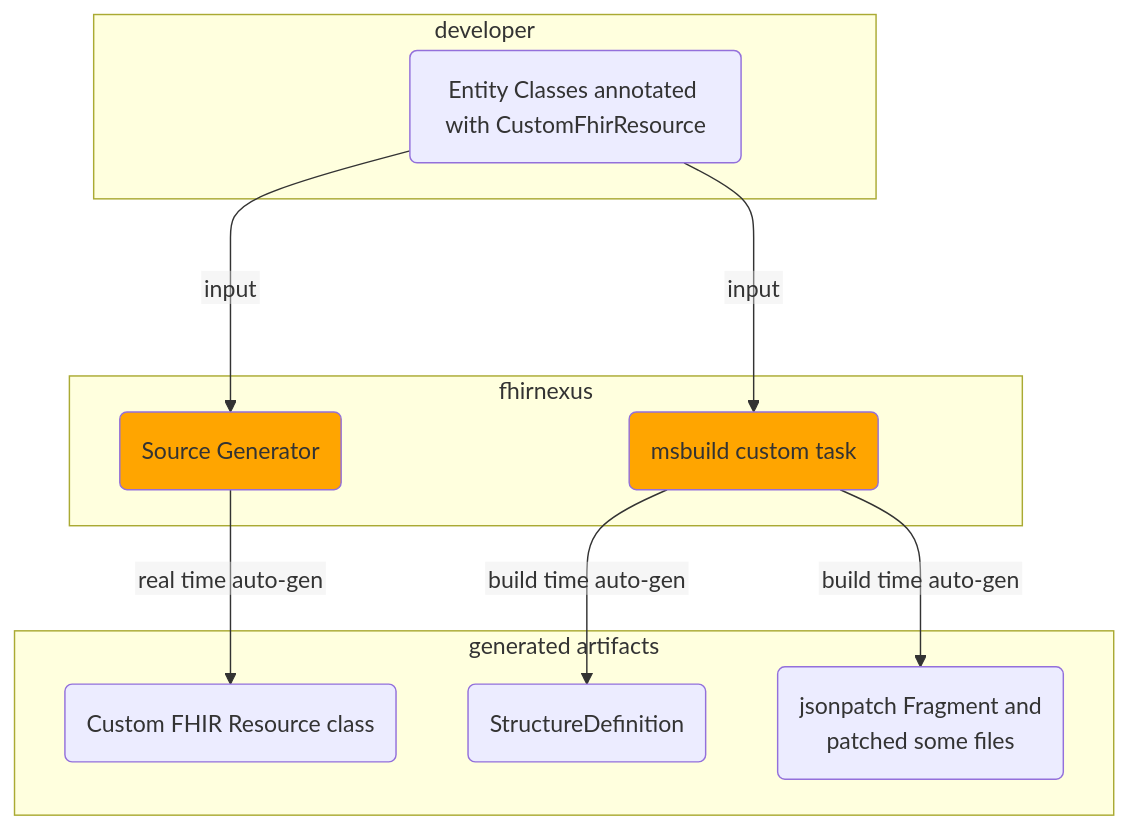
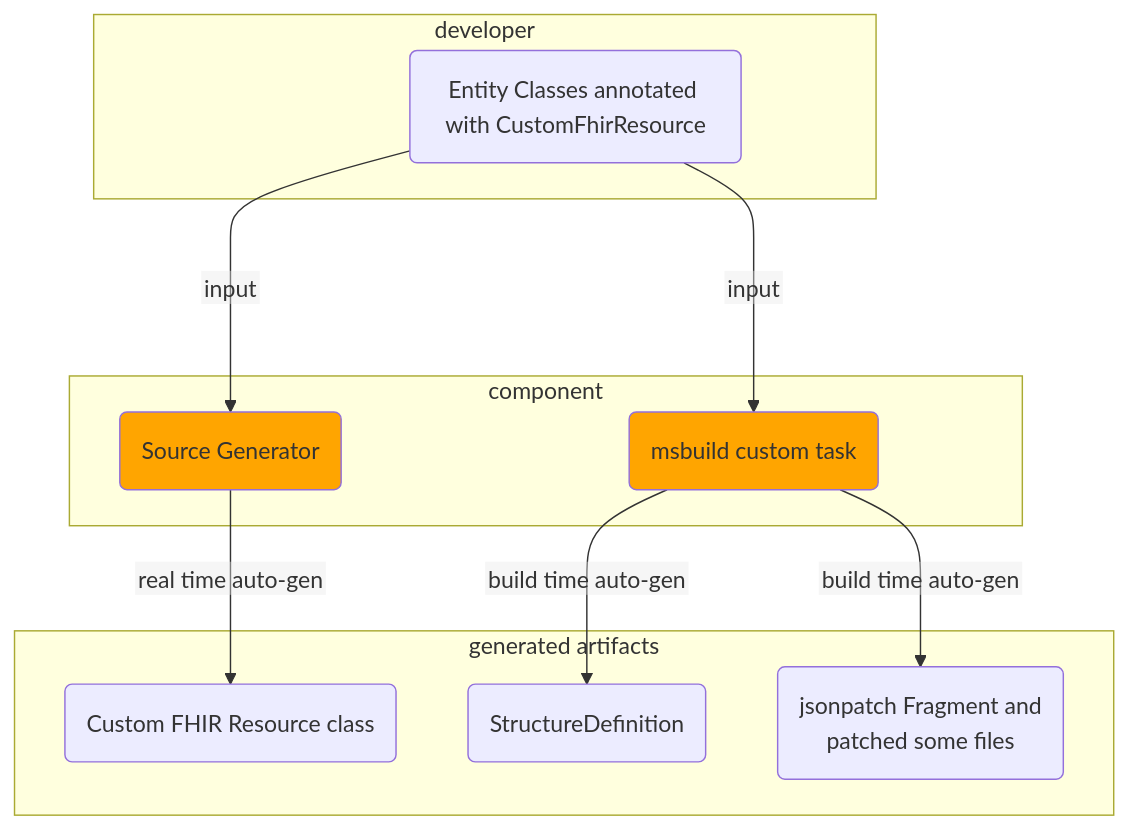
The diagram in content/posts/2024/08/mermaid-flow-chart-subgrap.md (jackliusr/jackliusr.github.io), drawn with Mermaid before and after one commit.

Commit message:
remove prod name

````diff
--- a/content/posts/2024/08/mermaid-flow-chart-subgrap.md
+++ b/content/posts/2024/08/mermaid-flow-chart-subgrap.md
@@ -15,23 +15,23 @@
 ```mermaid
 %%{init: {"flowchart": {"htmlLabels": false}} }%%
 flowchart TD
    subgraph developer
      cls(Entity Classes annotated with AttrA)
    end
-   subgraph fhirnexus
+   subgraph component
       cg(Source Generator):::changes
       task( msbuild custom task):::changes
    end
    subgraph generated artifacts
     clsF(Custom FHIR Resource class)
     sd(StructureDefinition)
     capStmt(jsonpatch Fragment and \n patched some files)
    end
 
    cls(Entity Classes annotated with CustomFhirResource) --input---> cg(Source Generator):::changes
    cls --input---> task( msbuild custom task):::changes
    cg -- real time auto-gen --> clsF(Custom FHIR Resource class)
    task -- build time  auto-gen  --> sd(StructureDefinition)
    task -- build time auto-gen  --> capStmt(jsonpatch Fragment and \n patched some files)
    classDef changes fill:orange
 ```
````
